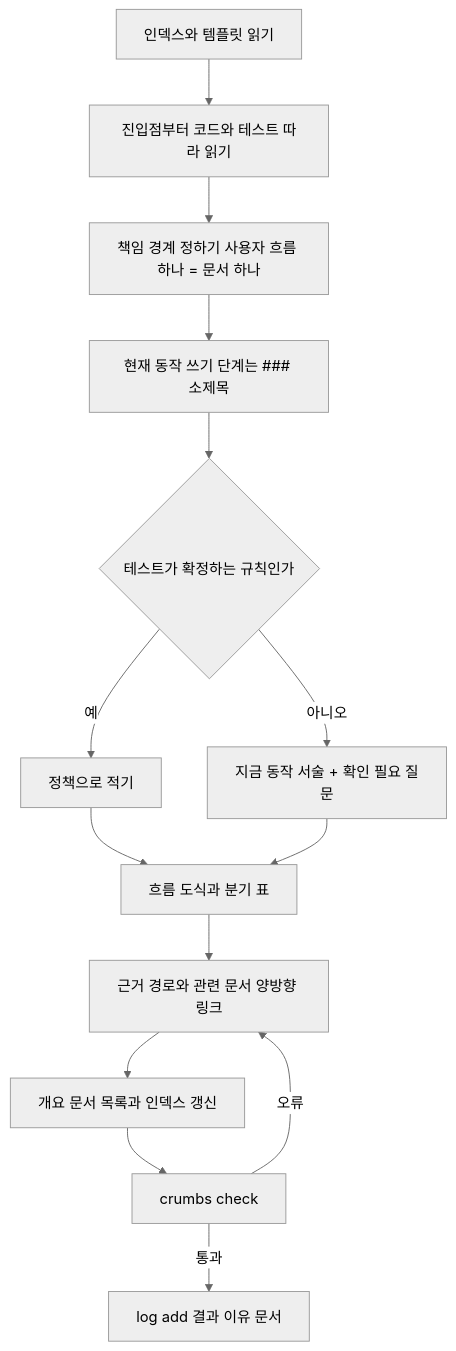
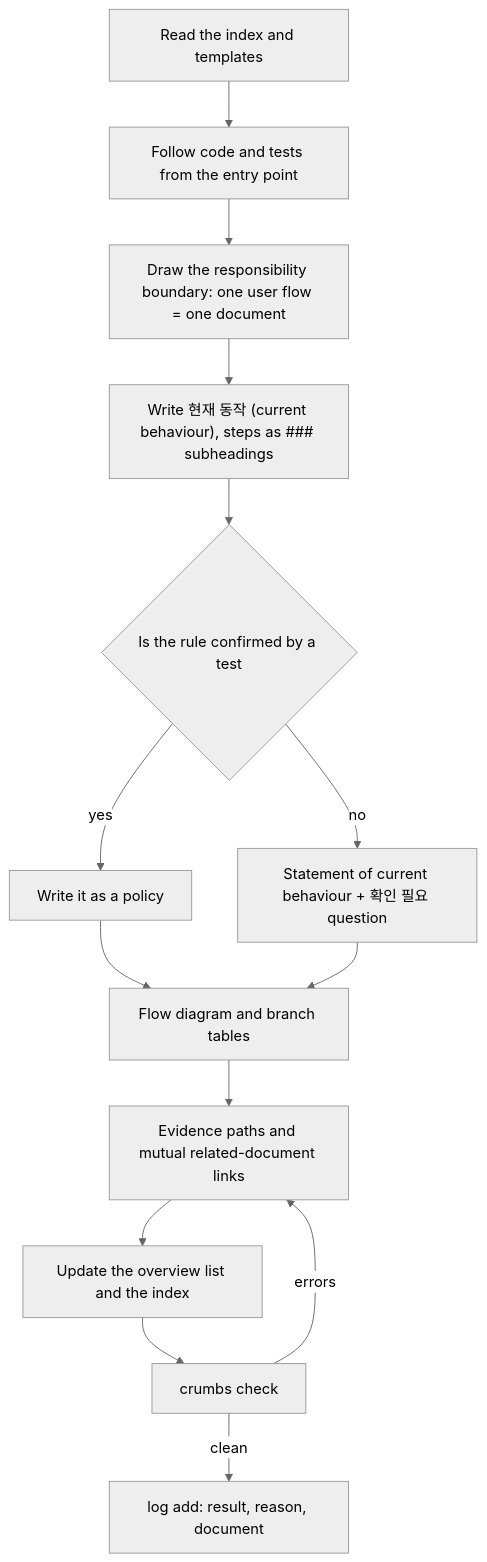
One commit to Sienna94/crumbs-spec changed the diagram in README.md. Above: the diagram before and after it, drawn with Mermaid (neutral theme). The commit also changed other lines of this file and 2 other files, not shown here.

````diff
--- a/README.md
+++ b/README.md
@@ -121,16 +123,16 @@
 ```mermaid
 flowchart TD
-    A["인덱스와 템플릿 읽기"] --> B["진입점부터 코드와 테스트 따라 읽기"]
-    B --> C["책임 경계 정하기 사용자 흐름 하나 = 문서 하나"]
-    C --> D["현재 동작 쓰기 단계는 ### 소제목"]
-    D --> E{"테스트가 확정하는 규칙인가"}
-    E -->|예| F["정책으로 적기"]
-    E -->|아니오| G["지금 동작 서술 + 확인 필요 질문"]
-    F --> H["흐름 도식과 분기 표"]
+    A["Read the index and templates"] --> B["Follow code and tests from the entry point"]
+    B --> C["Draw the responsibility boundary: one user flow = one document"]
+    C --> D["Write 현재 동작 (current behaviour), steps as ### subheadings"]
+    D --> E{"Is the rule confirmed by a test"}
+    E -->|yes| F["Write it as a policy"]
+    E -->|no| G["Statement of current behaviour + 확인 필요 question"]
+    F --> H["Flow diagram and branch tables"]
     G --> H
-    H --> I["근거 경로와 관련 문서 양방향 링크"]
-    I --> J["개요 문서 목록과 인덱스 갱신"]
+    H --> I["Evidence paths and mutual related-document links"]
+    I --> J["Update the overview list and the index"]
     J --> K["crumbs check"]
-    K -->|오류| I
-    K -->|통과| L["log add 결과 이유 문서"]
+    K -->|errors| I
+    K -->|clean| L["log add: result, reason, document"]
 ```
````
